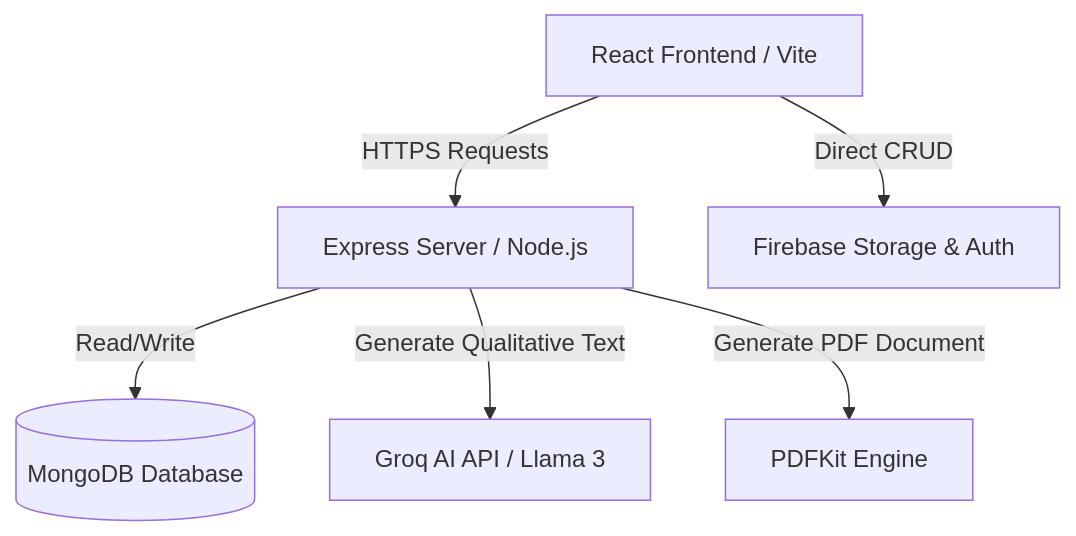
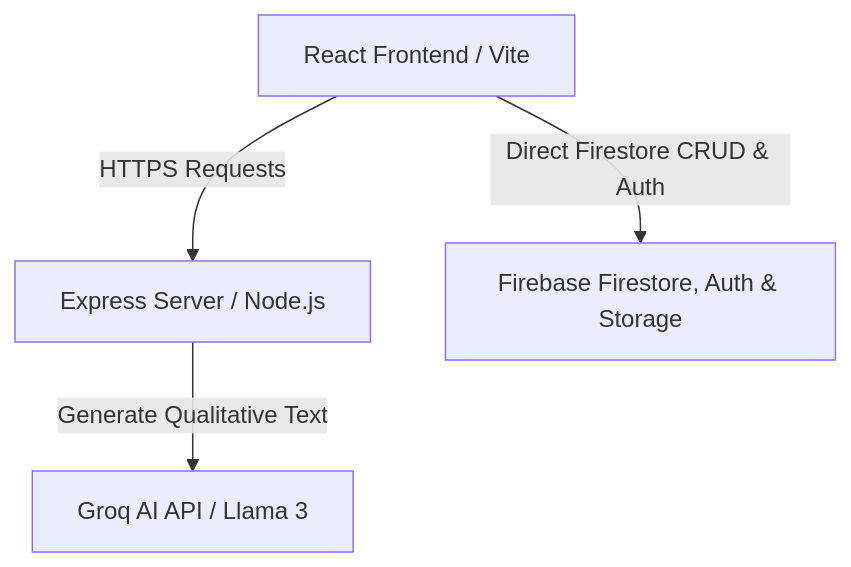
The diagram in PRD.md (ThreatGuardian/Career-Guidance-Website), drawn with Mermaid before and after one commit. The commit also changed other lines of this file and 26 other files, not shown here.

````diff
--- a/PRD.md
+++ b/PRD.md
@@ -110,8 +25,6 @@
 ```mermaid
 graph TD
     Client[React Frontend / Vite] -->|HTTPS Requests| Server[Express Server / Node.js]
-    Client -->|Direct CRUD| Firebase[Firebase Storage & Auth]
-    Server -->|Read/Write| MongoDB[(MongoDB Database)]
+    Client -->|Direct Firestore CRUD & Auth| Firebase[Firebase Firestore, Auth & Storage]
     Server -->|Generate Qualitative Text| Groq[Groq AI API / Llama 3]
-    Server -->|Generate PDF Document| PDFKit[PDFKit Engine]
 ```
````
